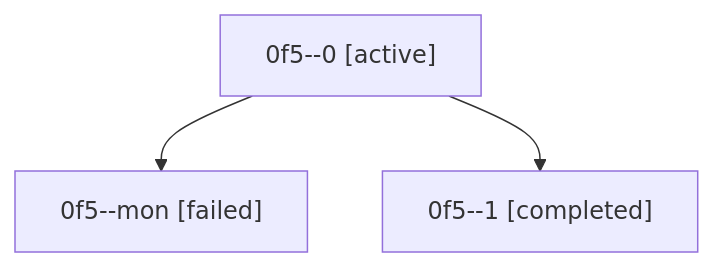
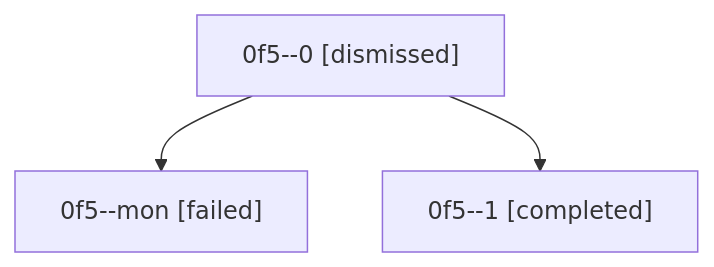
One commit to sase-org/sase--agents changed the diagram in sessions/bbugyi200.athena.0f5.md. Above: the diagram before and after it, drawn with Mermaid. The commit also changed other lines of this file and 22 other files, not shown here.

````diff
--- a/sessions/bbugyi200.athena.0f5.md
+++ b/sessions/bbugyi200.athena.0f5.md
@@ -9,8 +9,8 @@
 ```mermaid
 flowchart TD
-  n0["0f5--0 [active]"]
+  n0["0f5--0 [dismissed]"]
   n1["0f5--mon [failed]"]
   n0 --> n1
   n2["0f5--1 [completed]"]
   n0 --> n2
 ```
````
